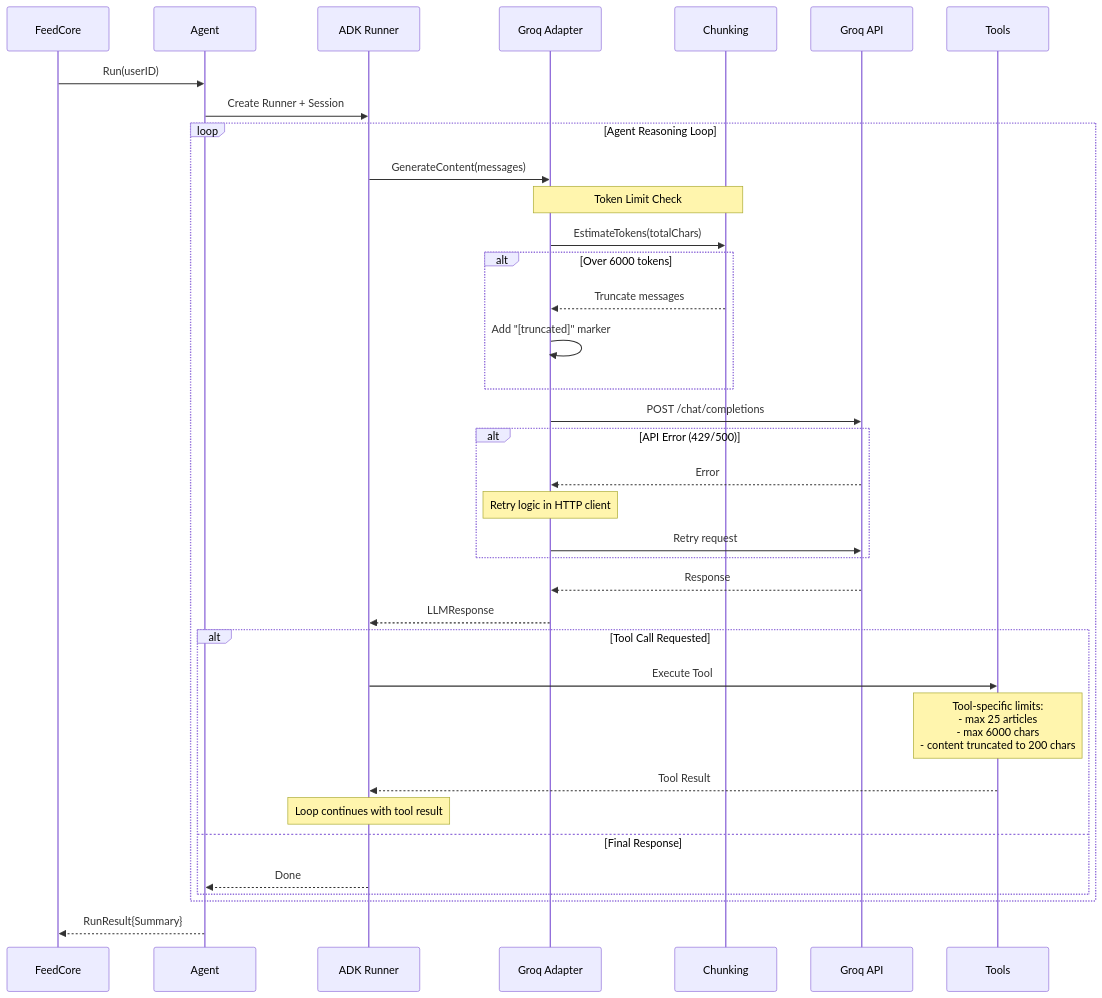
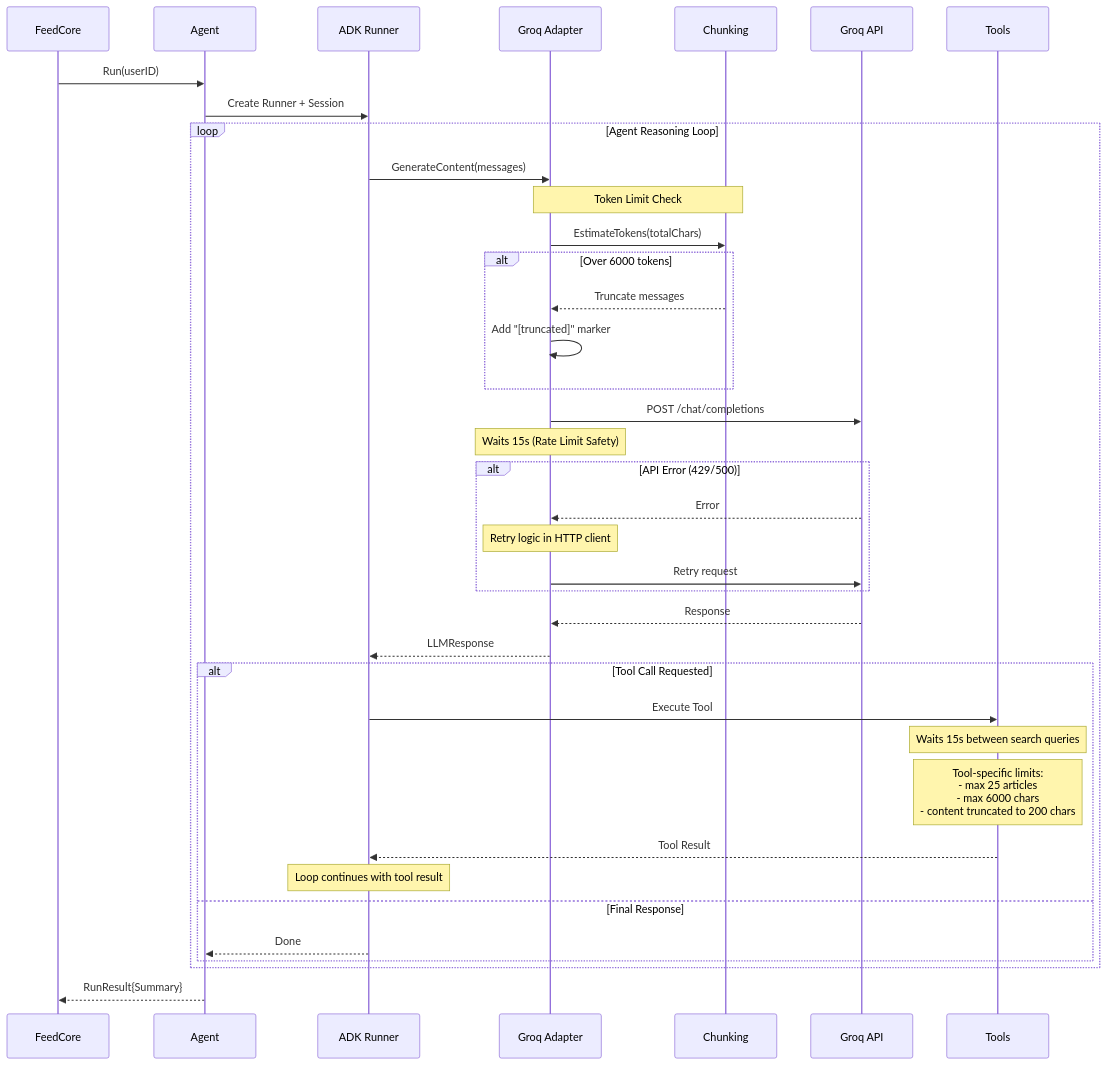
Before and after one commit to amityadav9314/L.and.R: the third of 3 diagrams in ARCH.md, drawn with Mermaid. The commit also changed other lines of this file and 3 other files, not shown here.

````diff
--- a/ARCH.md
+++ b/ARCH.md
@@ -292,44 +292,46 @@
 ```mermaid
 sequenceDiagram
     participant FC as FeedCore
     participant AG as Agent
     participant RN as ADK Runner
     participant GM as Groq Adapter
     participant CH as Chunking
     participant API as Groq API
     participant T as Tools
 
     FC->>AG: Run(userID)
     AG->>RN: Create Runner + Session
     
     loop Agent Reasoning Loop
         RN->>GM: GenerateContent(messages)
         
         Note over GM,CH: Token Limit Check
         GM->>CH: EstimateTokens(totalChars)
         alt Over 6000 tokens
             CH-->>GM: Truncate messages
             GM->>GM: Add "[truncated]" marker
         end
         
         GM->>API: POST /chat/completions
+        Note over GM: Waits 15s (Rate Limit Safety)
         alt API Error (429/500)
             API-->>GM: Error
             Note over GM: Retry logic in HTTP client
             GM->>API: Retry request
         end
         API-->>GM: Response
         GM-->>RN: LLMResponse
         
         alt Tool Call Requested
             RN->>T: Execute Tool
+            Note over T: Waits 15s between search queries
             Note over T: Tool-specific limits:<br/>- max 25 articles<br/>- max 6000 chars<br/>- content truncated to 200 chars
             T-->>RN: Tool Result
             Note over RN: Loop continues with tool result
         else Final Response
             RN-->>AG: Done
         end
     end
     
     AG-->>FC: RunResult{Summary}
 ```
````
